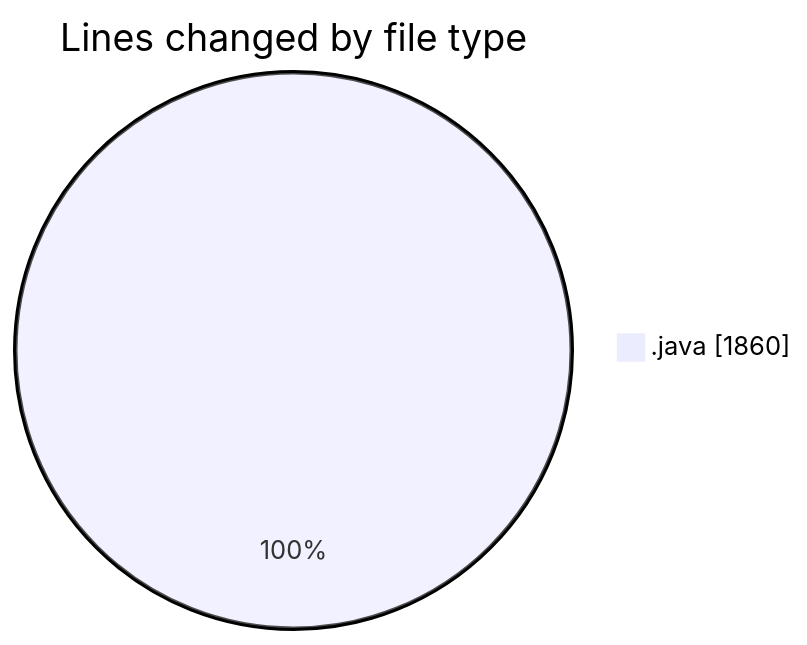
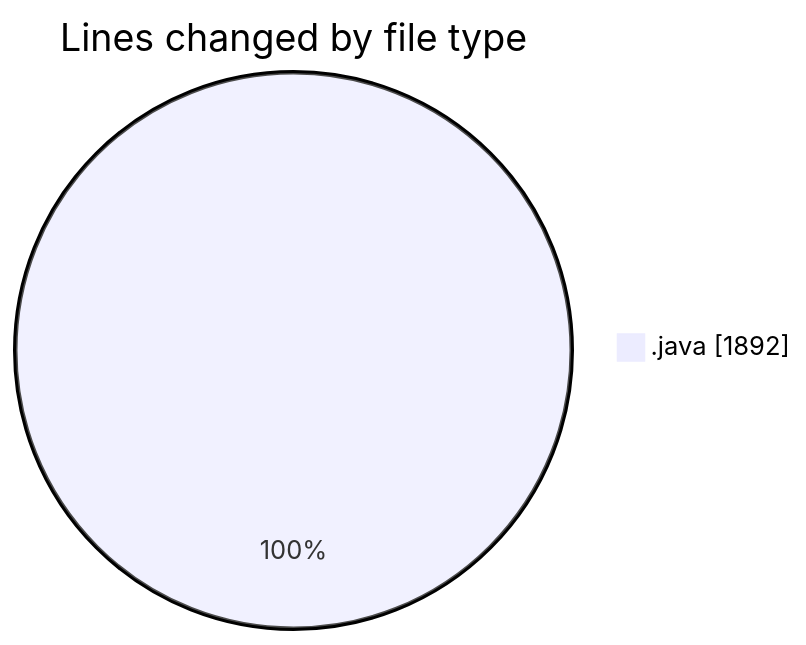
The first of 2 diagrams in 2026-06-17/cilapp/README.md (ricardozamudiocil/code-tracking), drawn with Mermaid before and after one commit. The commit also changed other lines of this file and 1 other file, not shown here.

````diff
--- a/2026-06-17/cilapp/README.md
+++ b/2026-06-17/cilapp/README.md
@@ -20,5 +20,5 @@
 ```mermaid
 pie showData
 title Lines changed by file type
-".java" : 1860
+".java" : 1892
 ```
````
